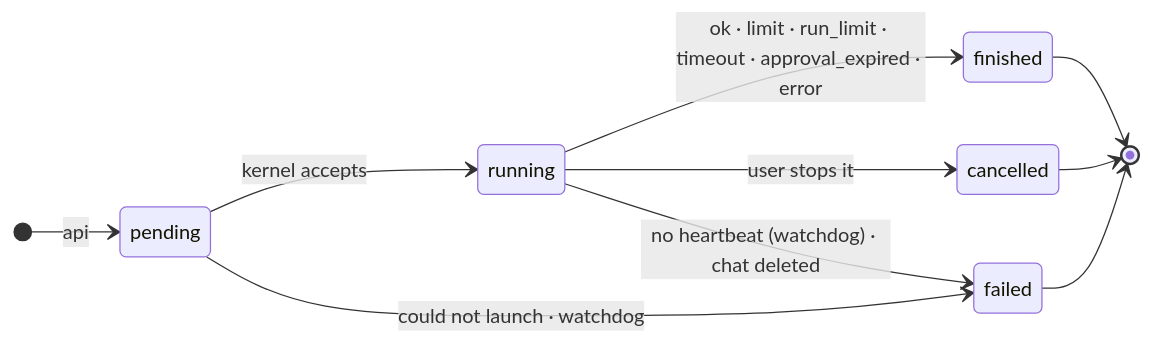
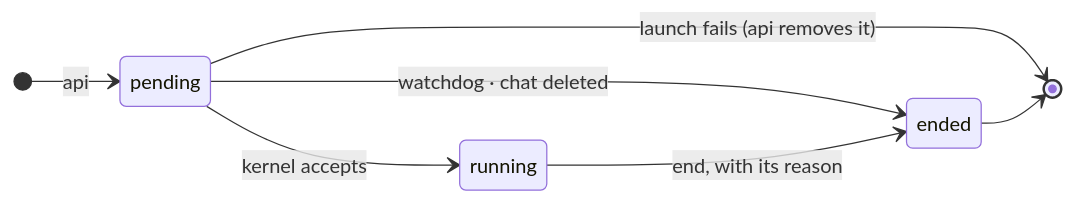
Before and after one commit to ikermendi/sample-agent-platform-with-agentcore: the fifth of 8 diagrams in docs/hld-arquitectura-agentes.md, drawn with Mermaid. The commit also changed other lines of this file and 6 other files, not shown here.

````diff
--- a/docs/hld-arquitectura-agentes.md
+++ b/docs/hld-arquitectura-agentes.md
@@ -284,13 +294,10 @@
 ```mermaid
 stateDiagram-v2
   direction LR
   [*] --> pending : api
   pending --> running : kernel accepts
-  pending --> failed : could not launch · watchdog
-  running --> finished : ok · limit · run_limit · timeout · approval_expired · error
-  running --> cancelled : user stops it
-  running --> failed : no heartbeat (watchdog) · chat deleted
-  finished --> [*]
-  cancelled --> [*]
-  failed --> [*]
+  pending --> [*] : launch fails (api removes it)
+  pending --> ended : watchdog · chat deleted
+  running --> ended : end, with its reason
+  ended --> [*]
 ```
````
